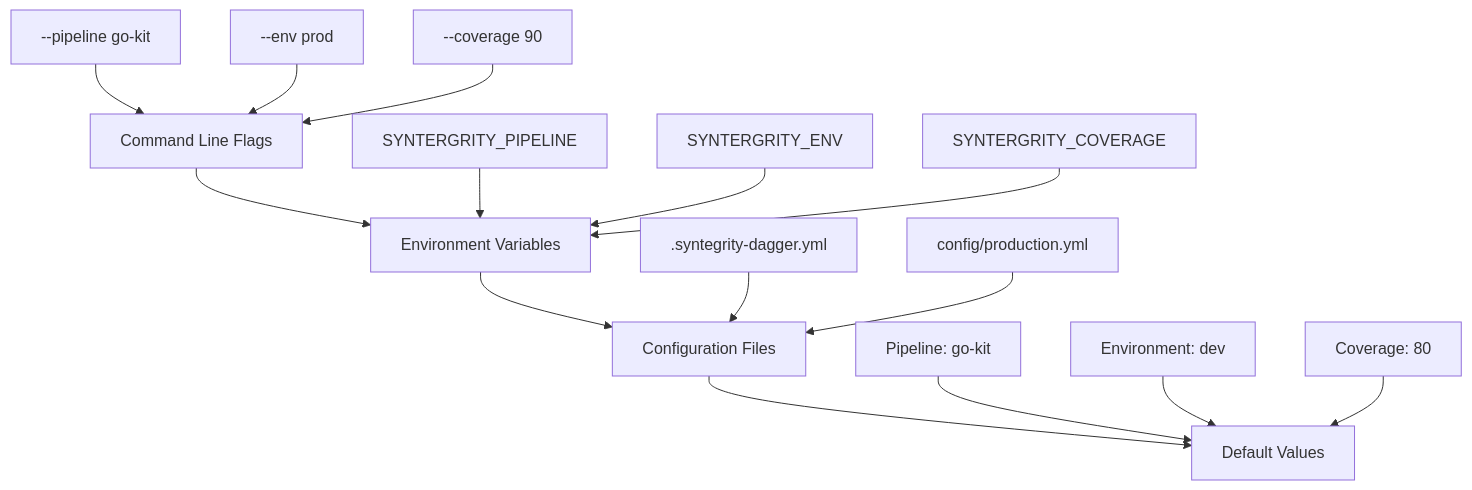
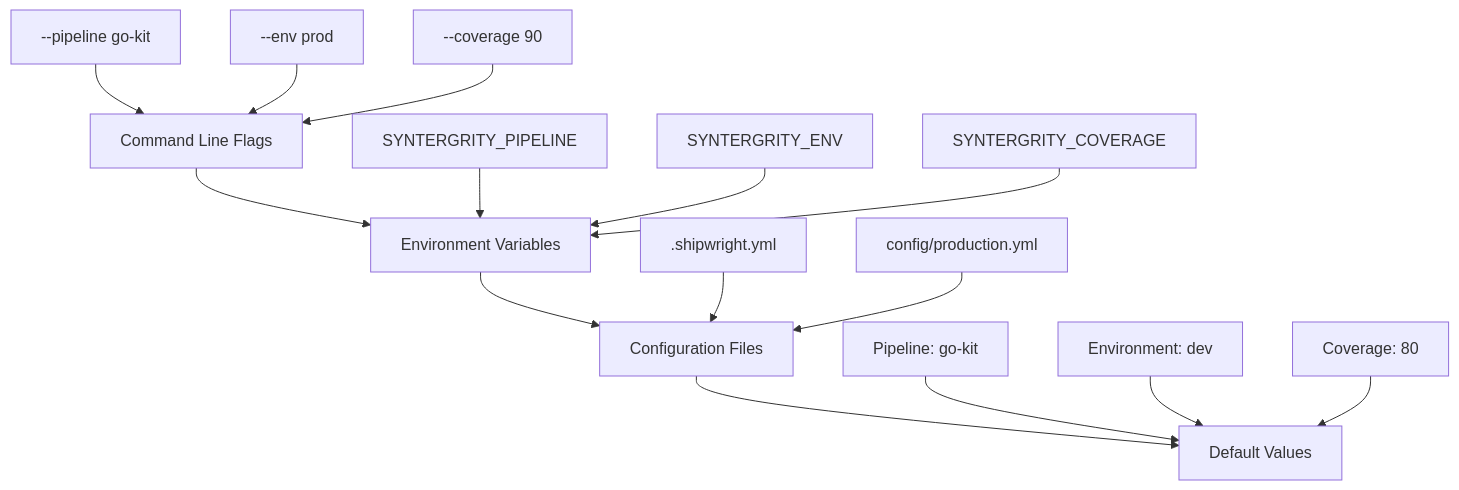
One commit to pablogore/shipwright changed the diagram in docs/CONFIGURATION.md. Above: the diagram before and after it, drawn with Mermaid. The commit also changed other lines of this file and 29 other files, not shown here.

````diff
--- a/docs/CONFIGURATION.md
+++ b/docs/CONFIGURATION.md
@@ -14,21 +14,21 @@
 ```mermaid
 flowchart TD
     A[Command Line Flags] --> B[Environment Variables]
     B --> C[Configuration Files]
     C --> D[Default Values]
     
     A1[--pipeline go-kit] --> A
     A2[--env prod] --> A
     A3[--coverage 90] --> A
     
     B1[SYNTERGRITY_PIPELINE] --> B
     B2[SYNTERGRITY_ENV] --> B
     B3[SYNTERGRITY_COVERAGE] --> B
     
-    C1[.syntegrity-dagger.yml] --> C
+    C1[.shipwright.yml] --> C
     C2[config/production.yml] --> C
     
     D1[Pipeline: go-kit] --> D
     D2[Environment: dev] --> D
     D3[Coverage: 80] --> D
 ```
````
